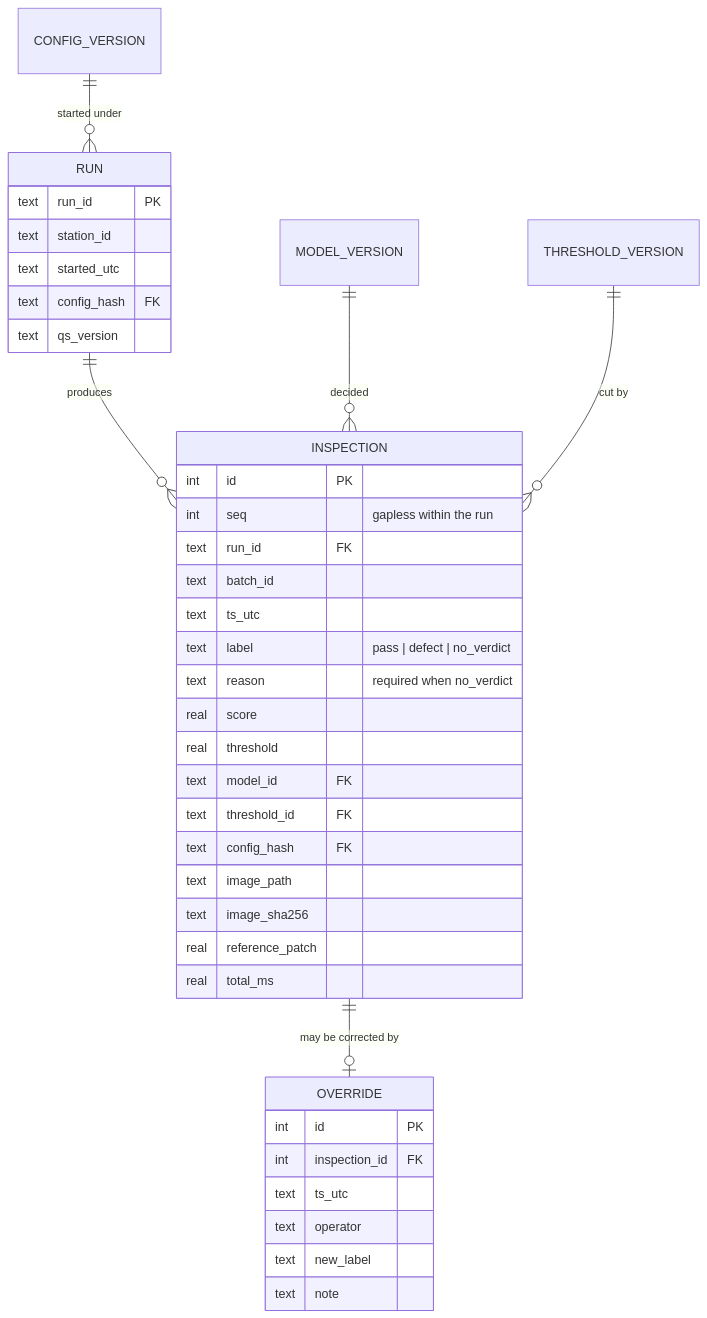
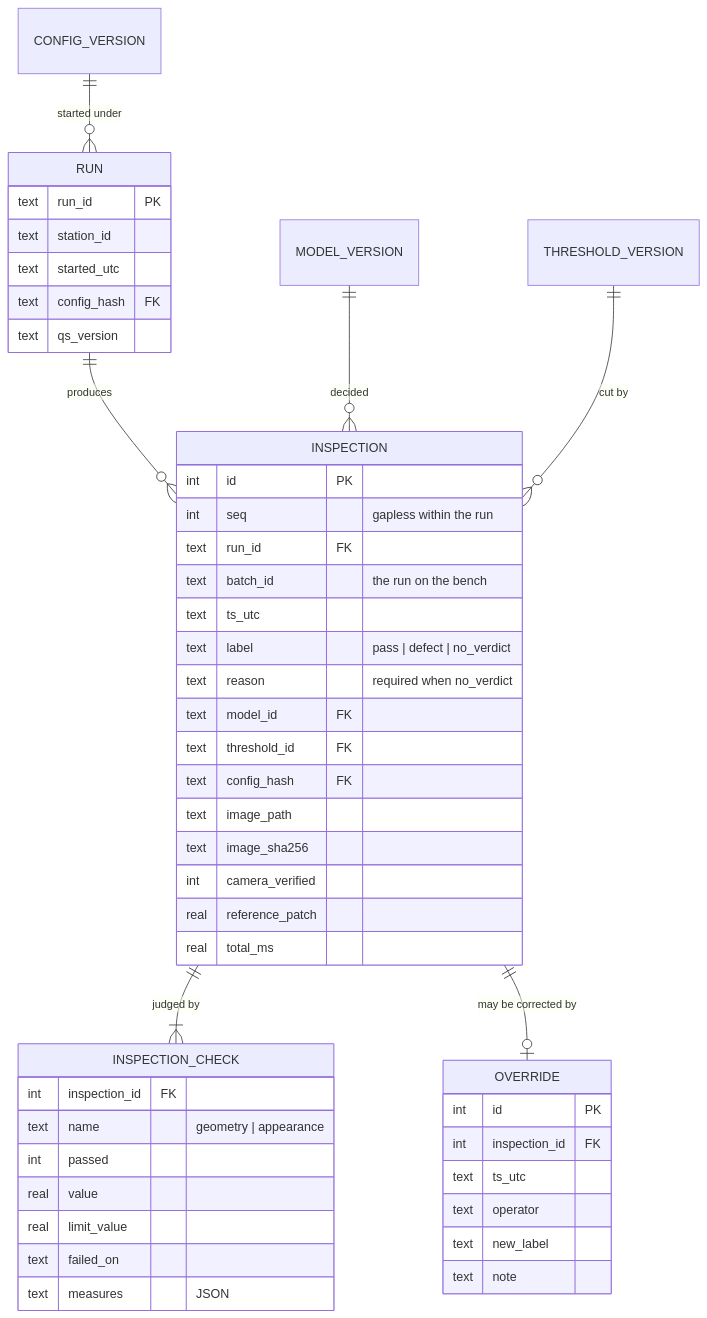
One commit to Ali-Jabowr/qs changed the diagram in docs/12-data-model.md. Above: the diagram before and after it, drawn with Mermaid. The commit also changed other lines of this file and 1 other file, not shown here.

````diff
--- a/docs/12-data-model.md
+++ b/docs/12-data-model.md
@@ -63,42 +65,51 @@
 ```mermaid
 erDiagram
     RUN ||--o{ INSPECTION : produces
+    INSPECTION ||--|{ INSPECTION_CHECK : "judged by"
     INSPECTION ||--o| OVERRIDE : "may be corrected by"
     CONFIG_VERSION ||--o{ RUN : "started under"
     MODEL_VERSION ||--o{ INSPECTION : decided
     THRESHOLD_VERSION ||--o{ INSPECTION : "cut by"
 
     RUN {
         text run_id PK
         text station_id
         text started_utc
         text config_hash FK
         text qs_version
     }
     INSPECTION {
         int  id PK
         int  seq "gapless within the run"
         text run_id FK
-        text batch_id
+        text batch_id "the run on the bench"
         text ts_utc
         text label "pass | defect | no_verdict"
         text reason "required when no_verdict"
-        real score
-        real threshold
         text model_id FK
         text threshold_id FK
         text config_hash FK
         text image_path
         text image_sha256
+        int  camera_verified
         real reference_patch
         real total_ms
+    }
+    INSPECTION_CHECK {
+        int  inspection_id FK
+        text name "geometry | appearance"
+        int  passed
+        real value
+        real limit_value
+        text failed_on
+        text measures "JSON"
     }
     OVERRIDE {
         int  id PK
         int  inspection_id FK
         text ts_utc
         text operator
         text new_label
         text note
     }
 ```
````
